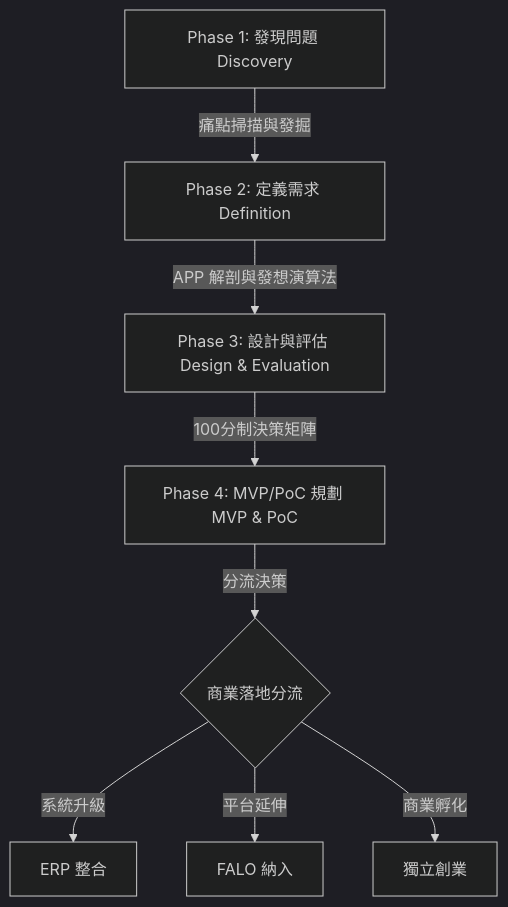
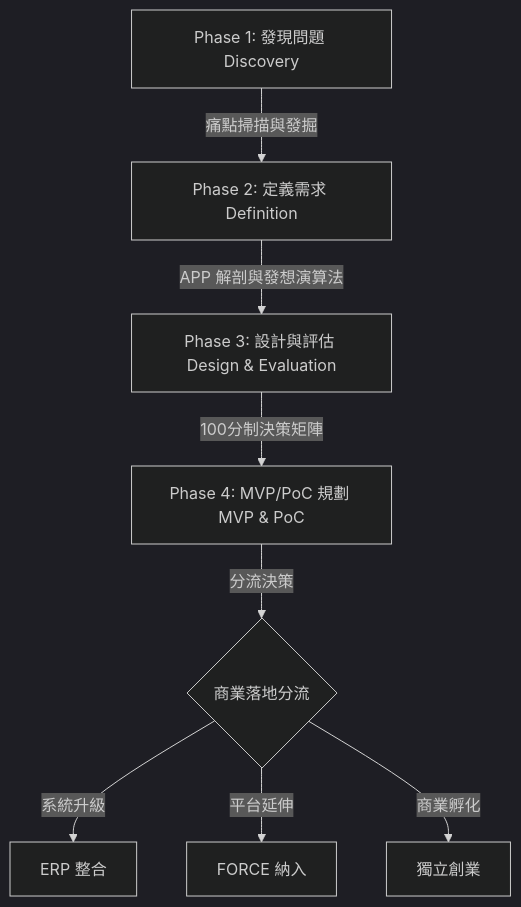
Before and after one commit to falo-chinese/falo-chinese.github.io: the diagram in class/a01/class4/ai_app_readme.md, drawn with Mermaid (dark theme). The commit also changed other lines of this file and 38 other files, not shown here.

````diff
--- a/class/a01/class4/ai_app_readme.md
+++ b/class/a01/class4/ai_app_readme.md
@@ -25,10 +25,10 @@
 ```mermaid
 graph TD
     A[Phase 1: 發現問題 Discovery] -->|痛點掃描與發掘| B[Phase 2: 定義需求 Definition]
     B -->|APP 解剖與發想演算法| C[Phase 3: 設計與評估 Design & Evaluation]
     C -->|100分制決策矩陣| D[Phase 4: MVP/PoC 規劃 MVP & PoC]
     D -->|分流決策| E{商業落地分流}
     E -->|系統升級| F[ERP 整合]
-    E -->|平台延伸| G[FALO 納入]
+    E -->|平台延伸| G[FORCE 納入]
     E -->|商業孵化| H[獨立創業]
 ```
````
